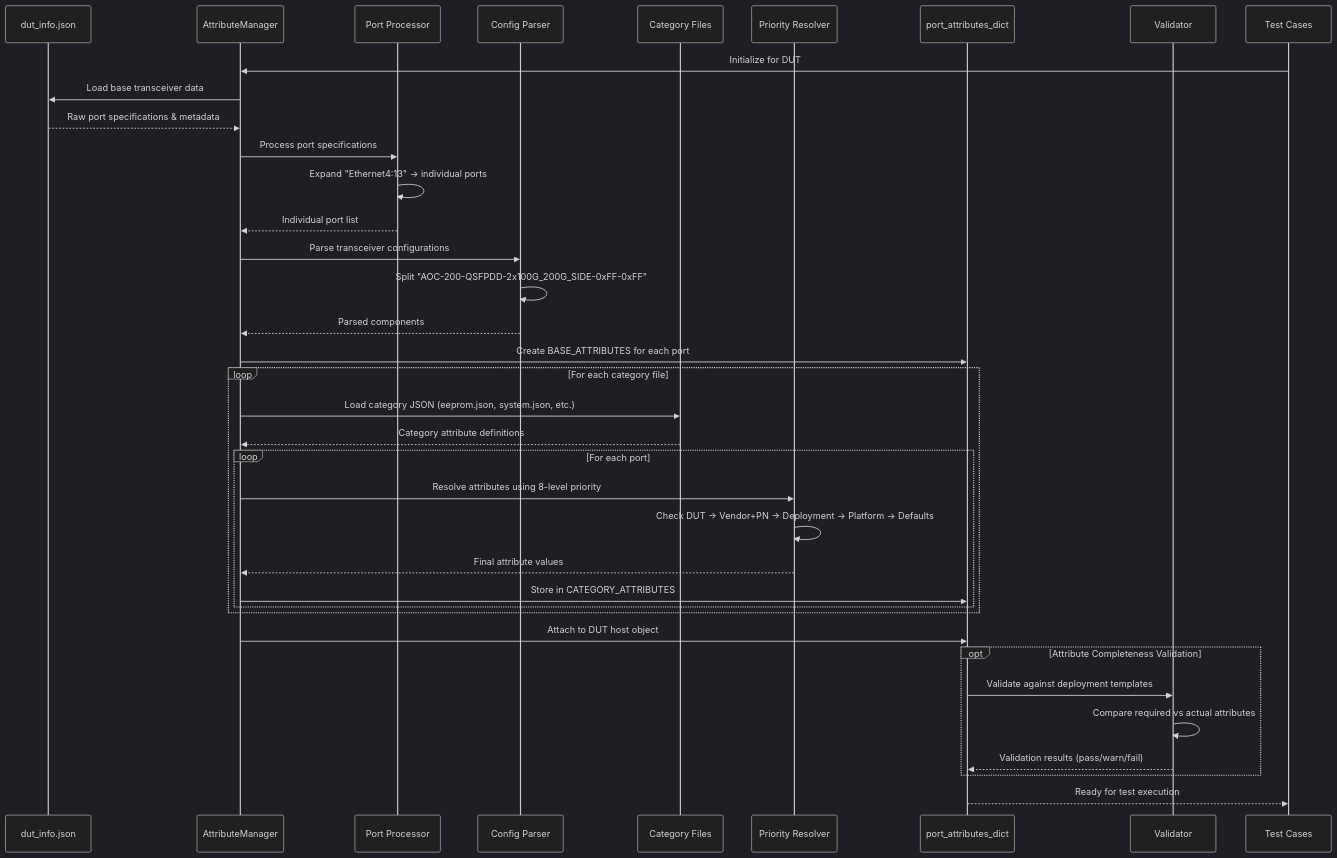
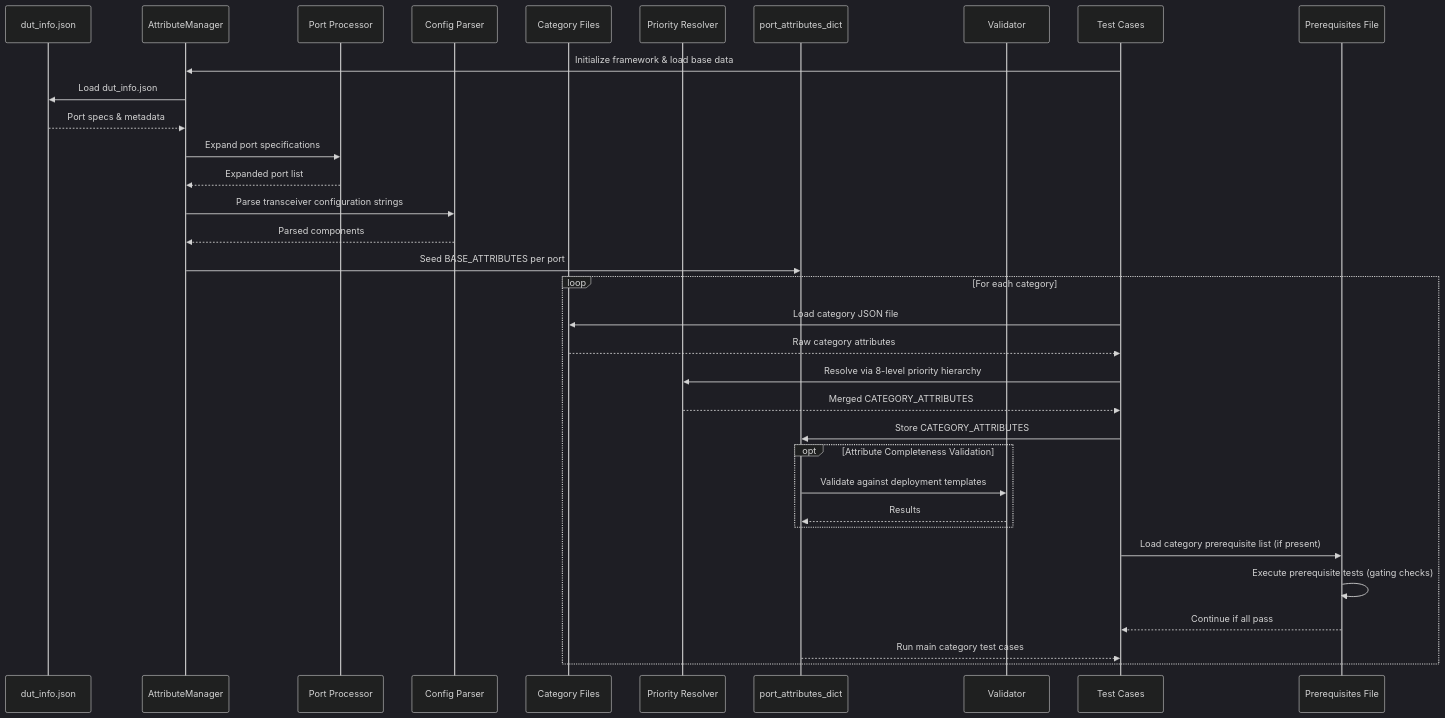
Before and after one commit to sonic-net/sonic-mgmt: the second of 2 diagrams in docs/testplan/transceiver/diagrams/data_flow.md, drawn with Mermaid (dark theme). The commit also changed other lines of this file and 2 other files, not shown here.

Commit message:
Added section for running pre-requisite tests

````diff
--- a/docs/testplan/transceiver/diagrams/data_flow.md
+++ b/docs/testplan/transceiver/diagrams/data_flow.md
@@ -74,48 +77,38 @@
 ```mermaid
 sequenceDiagram
     participant DI as dut_info.json
     participant AM as AttributeManager
     participant PP as Port Processor
     participant CP as Config Parser
     participant CF as Category Files
     participant PR as Priority Resolver
     participant PD as port_attributes_dict
     participant V as Validator
     participant TC as Test Cases
-    
-    TC->>AM: Initialize for DUT
-    AM->>DI: Load base transceiver data
-    DI-->>AM: Raw port specifications & metadata
-    
-    AM->>PP: Process port specifications
-    PP->>PP: Expand "Ethernet4:13" → individual ports
-    PP-->>AM: Individual port list
-    
-    AM->>CP: Parse transceiver configurations
-    CP->>CP: Split "AOC-200-QSFPDD-2x100G_200G_SIDE-0xFF-0xFF"
+    participant PRQ as Prerequisites File
+
+    TC->>AM: Initialize framework & load base data
+    AM->>DI: Load dut_info.json
+    DI-->>AM: Port specs & metadata
+    AM->>PP: Expand port specifications
+    PP-->>AM: Expanded port list
+    AM->>CP: Parse transceiver configuration strings
     CP-->>AM: Parsed components
-    
-    AM->>PD: Create BASE_ATTRIBUTES for each port
-    
-    loop For each category file
-        AM->>CF: Load category JSON (eeprom.json, system.json, etc.)
-        CF-->>AM: Category attribute definitions
-        
-        loop For each port
-            AM->>PR: Resolve attributes using 8-level priority
-            PR->>PR: Check DUT → Vendor+PN → Deployment → Platform → Defaults
-            PR-->>AM: Final attribute values
-            AM->>PD: Store in CATEGORY_ATTRIBUTES
+    AM->>PD: Seed BASE_ATTRIBUTES per port
+
+    loop For each category
+        TC->>CF: Load category JSON file
+        CF-->>TC: Raw category attributes
+        TC->>PR: Resolve via 8-level priority hierarchy
+        PR-->>TC: Merged CATEGORY_ATTRIBUTES
+        TC->>PD: Store CATEGORY_ATTRIBUTES
+        opt Attribute Completeness Validation
+            PD->>V: Validate against deployment templates
+            V-->>PD: Results
         end
+        TC->>PRQ: Load category prerequisite list (if present)
+        PRQ->>PRQ: Execute prerequisite tests (gating checks)
+        PRQ-->>TC: Continue if all pass
+        PD-->>TC: Run main category test cases
     end
-    
-    AM->>PD: Attach to DUT host object
-    
-    opt Attribute Completeness Validation
-        PD->>V: Validate against deployment templates
-        V->>V: Compare required vs actual attributes
-        V-->>PD: Validation results (pass/warn/fail)
-    end
-    
-    PD-->>TC: Ready for test execution
 ```
````
